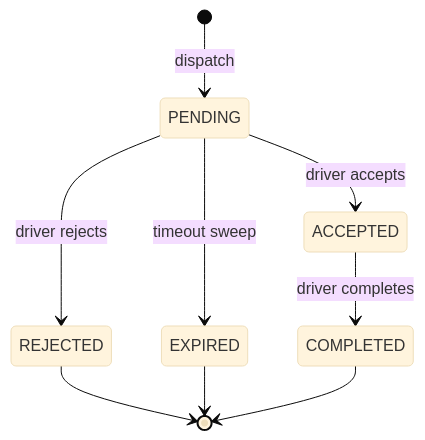
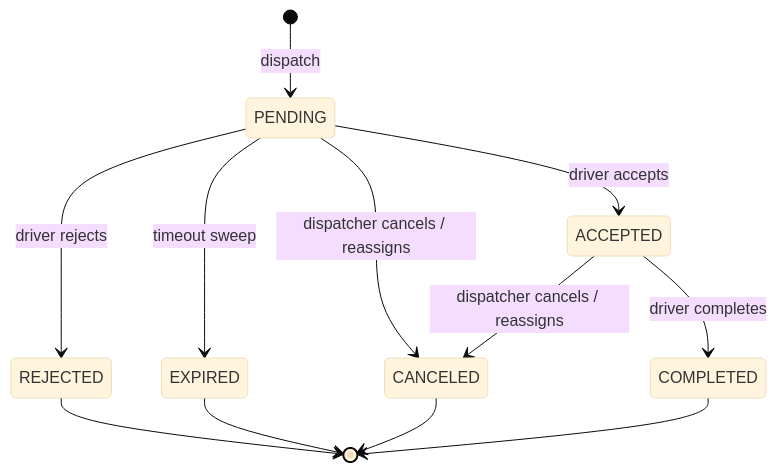
The diagram in docs/dispatch-lifecycle-api.md (bribrad/btlp), drawn with Mermaid (base theme) before and after one commit. The commit also changed other lines of this file and 28 other files, not shown here.

````diff
--- a/docs/dispatch-lifecycle-api.md
+++ b/docs/dispatch-lifecycle-api.md
@@ -6,11 +6,14 @@
 ```mermaid
 stateDiagram-v2
   [*] --> PENDING: dispatch
   PENDING --> ACCEPTED: driver accepts
   PENDING --> REJECTED: driver rejects
   PENDING --> EXPIRED: timeout sweep
+  PENDING --> CANCELED: dispatcher cancels / reassigns
   ACCEPTED --> COMPLETED: driver completes
+  ACCEPTED --> CANCELED: dispatcher cancels / reassigns
   REJECTED --> [*]
   EXPIRED --> [*]
+  CANCELED --> [*]
   COMPLETED --> [*]
 ```
````
